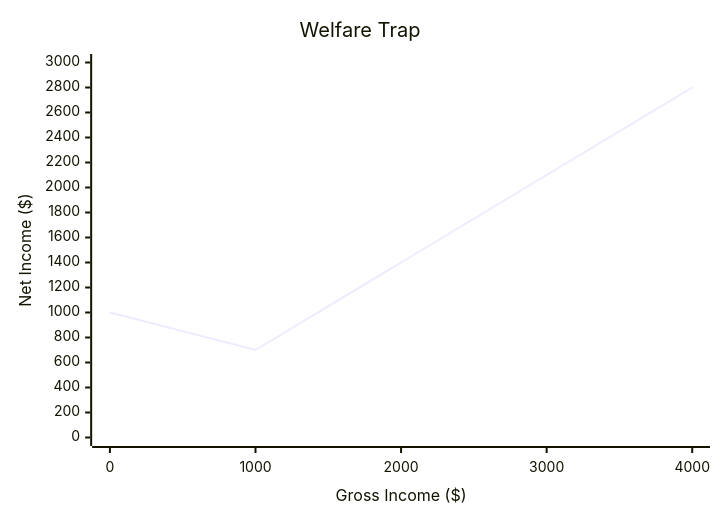
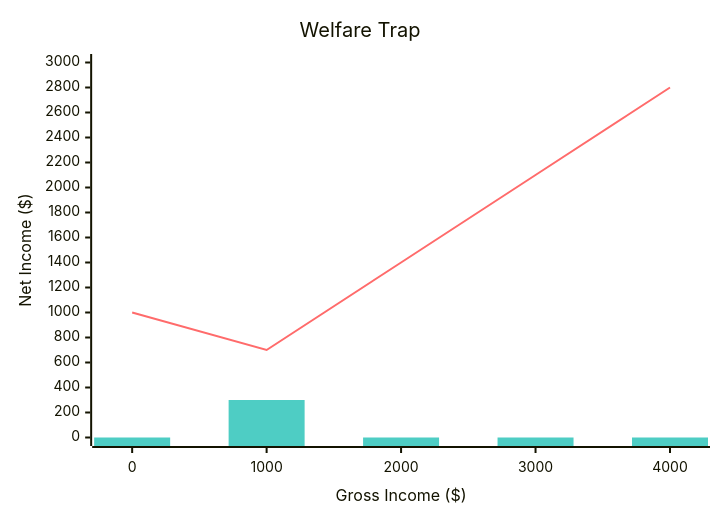
The first of 4 diagrams in notes/economy/justice.md (sergey-shandar/public), drawn with Mermaid before and after one commit. The commit also changed other lines of this file, not shown here.

First line of the commit message:
Enhance chart colorization with explicit color palettes

````diff
--- a/notes/economy/justice.md
+++ b/notes/economy/justice.md
@@ -14,8 +14,9 @@
 ```mermaid
-%%{init: {'theme':'default'}}%%
+%%{init: {'theme':'base', 'themeVariables': {'xyChart': {'plotColorPalette': '#ff6b6b,#4ecdc4,#45b7d1,#96ceb4,#ffeaa7,#fd79a8,#a29bfe,#6c5ce7'}}}}%%
 xychart-beta
     title "Welfare Trap"
     x-axis "Gross Income ($)" [0, 1000, 2000, 3000, 4000]
     y-axis "Net Income ($)" 0 --> 3000
     line "Net Income" [1000, 700, 1400, 2100, 2800]
+    bar "Benefit Loss" [0, 300, 0, 0, 0]
 ```
````
